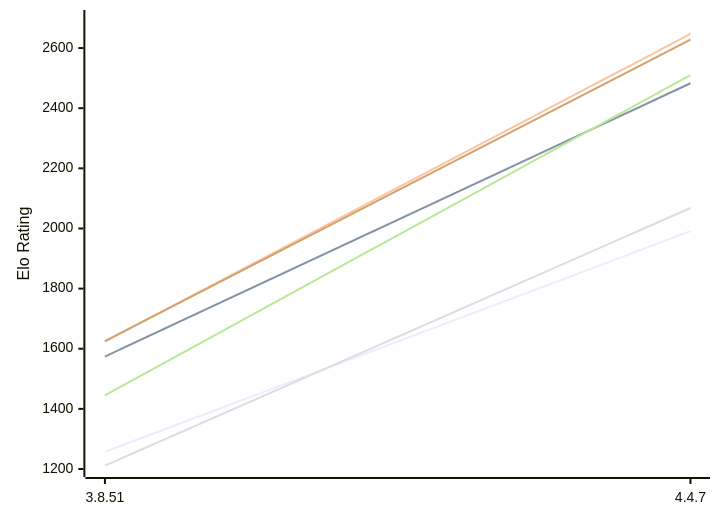
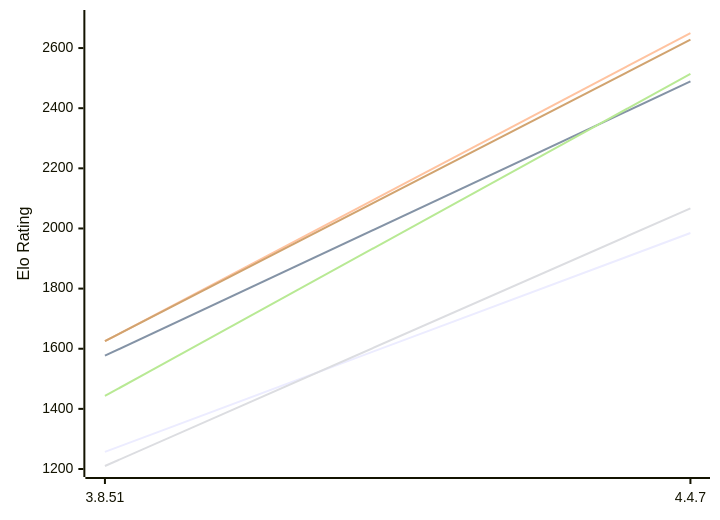
One commit to computer-chess-index/cci changed the first of 2 diagrams in engines/Scoria.md. Above: the diagram before and after it, drawn with Mermaid. The commit also changed other lines of this file, not shown here.

Commit message:
Update CCI Ratings (ELO VLTC) - 2026-11-22

````diff
--- a/engines/Scoria.md
+++ b/engines/Scoria.md
@@ -50,12 +50,12 @@
 ```mermaid
 %%{init: {"theme":"base","themeVariables":{"seriesColors:['#a3a3a3','#222221','#faa371']}}}%%
 xychart-beta
   x-axis ["3.8.51", "4.4.7"]
   y-axis "Elo Rating" 1200 --> 2700
-  line "E1: STC (8.0+0.08s)" [1257, 1991]
-  line "E1: LTC (60.0+0.60s)" [1574, 2483]
-  line "E1: VLTC (2m24s+1.12s)" [1624, 2647]
-  line "P1: STC (8.0+0.08s)" [1211, 2068]
-  line "P1: LTC (60.0+0.60s)" [1445, 2510]
+  line "E1: STC (8.0+0.08s)" [1257, 1985]
+  line "E1: LTC (60.0+0.60s)" [1577, 2489]
+  line "E1: VLTC (2m24s+1.12s)" [1625, 2650]
+  line "P1: STC (8.0+0.08s)" [1210, 2067]
+  line "P1: LTC (60.0+0.60s)" [1443, 2514]
   line "P1: VLTC (2m24s+1.12s)" [1625, 2628]
 ```
````
